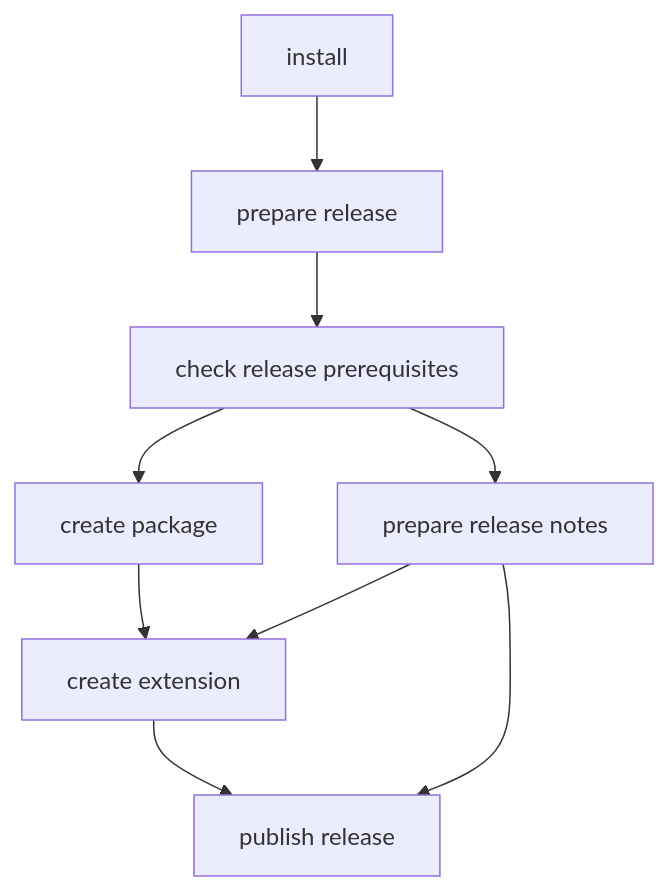
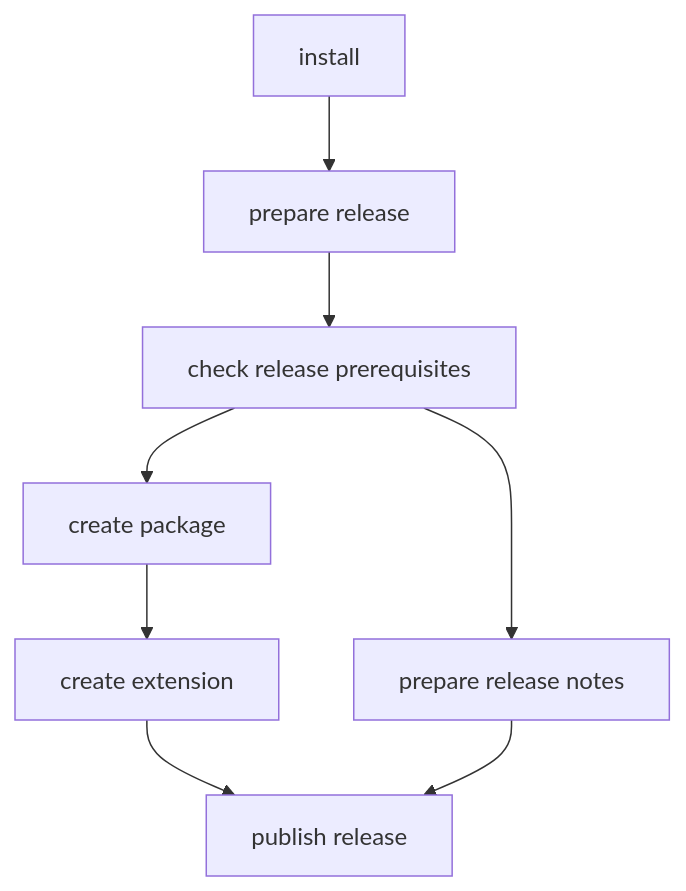
Before and after one commit to typescript-nameof/nameof: the second of 3 diagrams in docs/PipelineWorkflow.md, drawn with Mermaid. The commit also changed other lines of this file and 2 other files, not shown here.

````diff
--- a/docs/PipelineWorkflow.md
+++ b/docs/PipelineWorkflow.md
@@ -16,19 +16,18 @@
 ```mermaid
 flowchart TD
     install
     prep["prepare release"]
     prereq["check release prerequisites"]
     pkg["create package"]
     notes["prepare release notes"]
     ext["create extension"]
     publish["publish release"]
 
     install --> prep
     prep --> prereq
     prereq --> pkg
     prereq --> notes
     pkg --> ext
-    notes --> ext
     ext --> publish
     notes --> publish
 ```
````
